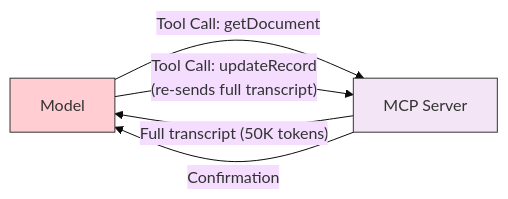
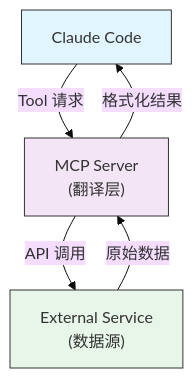
Before and after one commit to hellojoju/claude-code-lesson: the second of 3 diagrams in 07-mcp/README.md, drawn with Mermaid (base theme). The commit also changed other lines of this file and 11 other files, not shown here.

````diff
--- a/07-mcp/README.md
+++ b/07-mcp/README.md
@@ -1057,10 +68,15 @@
 ```mermaid
-graph LR
-    A["Model"] -->|"Tool Call: getDocument"| B["MCP Server"]
-    B -->|"Full transcript (50K tokens)"| A
-    A -->|"Tool Call: updateRecord<br/>(re-sends full transcript)"| B
-    B -->|"Confirmation"| A
+graph TB
+    A["Claude Code"]
+    B["MCP Server<br/>(翻译层)"]
+    C["External Service<br/>(数据源)"]
 
-    style A fill:#ffcdd2,stroke:#333,color:#333
+    A -->|"Tool 请求"| B
+    B -->|"API 调用"| C
+    C -->|"原始数据"| B
+    B -->|"格式化结果"| A
+
+    style A fill:#e1f5fe,stroke:#333,color:#333
     style B fill:#f3e5f5,stroke:#333,color:#333
+    style C fill:#e8f5e9,stroke:#333,color:#333
 ```
````
